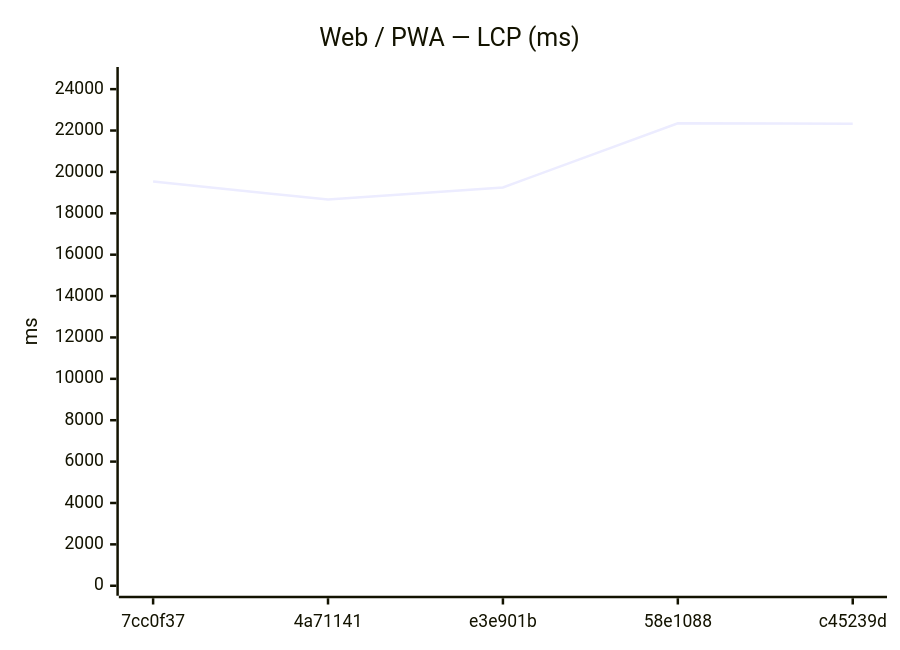
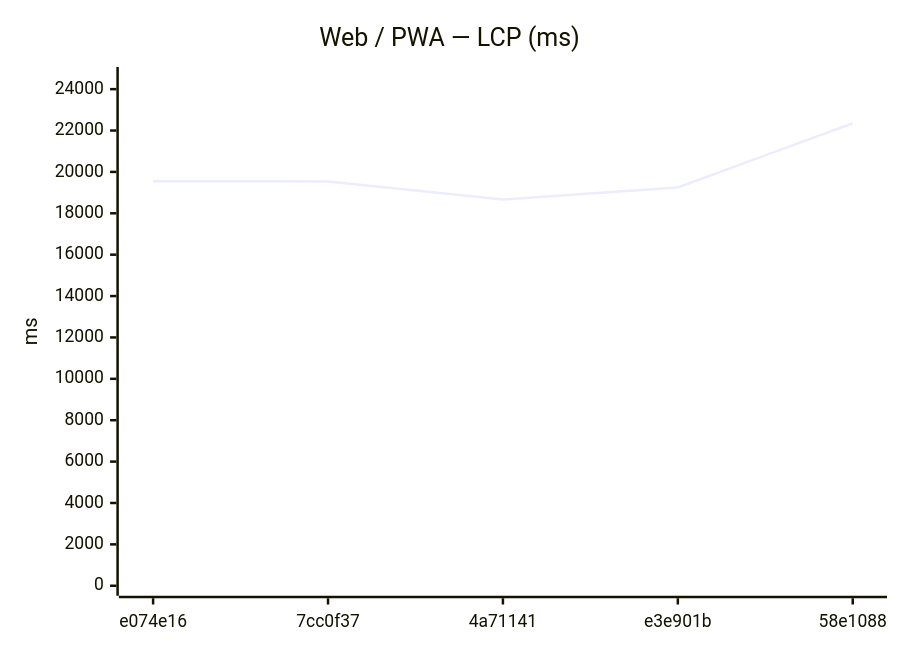
One commit to Metaheurist/Rianell changed the seventh of 18 diagrams in benchmarks/compare.md. Above: the diagram before and after it, drawn with Mermaid. The commit also changed other lines of this file and 11 other files, not shown here.

````diff
--- a/benchmarks/compare.md
+++ b/benchmarks/compare.md
@@ -117,7 +117,7 @@
 ```mermaid
 xychart-beta
     title "Web / PWA — LCP (ms)"
-    x-axis ["7cc0f37", "4a71141", "e3e901b", "58e1088", "c45239d"]
+    x-axis ["e074e16", "7cc0f37", "4a71141", "e3e901b", "58e1088"]
     y-axis "ms" 0 --> 24587
-    line [19542, 18663, 19248, 22351, 22326]
+    line [19549, 19542, 18663, 19248, 22351]
 ```
````
